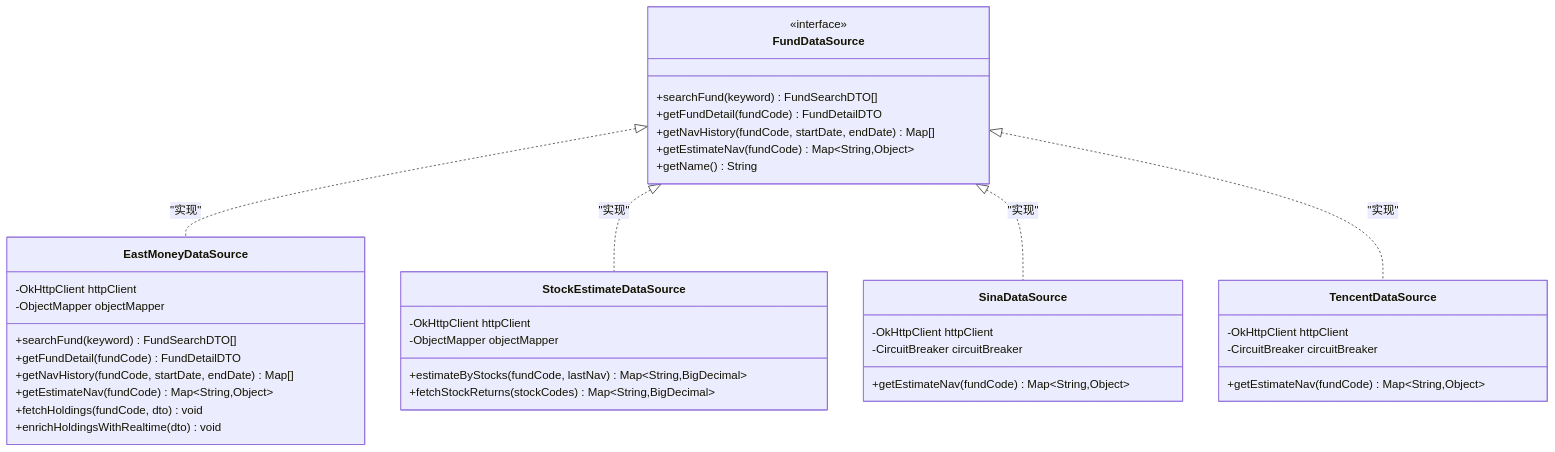
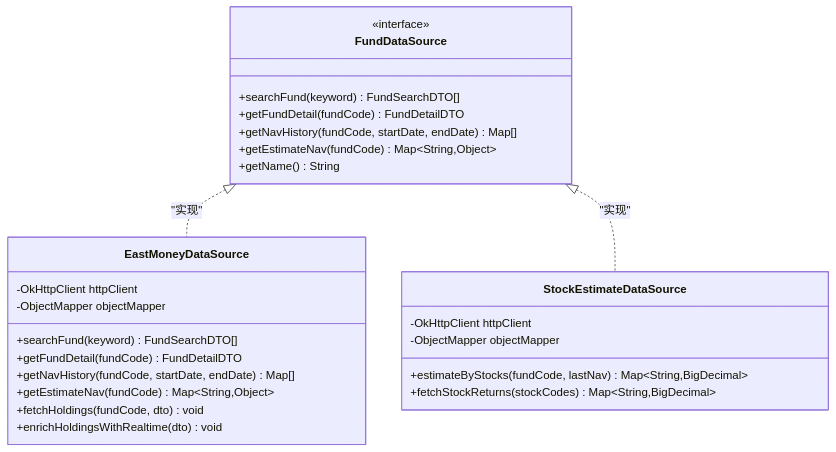
Before and after one commit to gree-coder/fund-butler: the third of 19 diagrams in .qoder/repowiki/zh/content/核心功能开发/FundController增强.md, drawn with Mermaid. The commit also changed other lines of this file and 21 other files, not shown here.

````diff
--- a/.qoder/repowiki/zh/content/核心功能开发/FundController增强.md
+++ b/.qoder/repowiki/zh/content/核心功能开发/FundController增强.md
@@ -147,41 +140,29 @@
 ```mermaid
 classDiagram
 class FundDataSource {
 <<interface>>
 +searchFund(keyword) FundSearchDTO[]
 +getFundDetail(fundCode) FundDetailDTO
 +getNavHistory(fundCode, startDate, endDate) Map[]
 +getEstimateNav(fundCode) Map~String,Object~
 +getName() String
 }
 class EastMoneyDataSource {
 -OkHttpClient httpClient
 -ObjectMapper objectMapper
 +searchFund(keyword) FundSearchDTO[]
 +getFundDetail(fundCode) FundDetailDTO
 +getNavHistory(fundCode, startDate, endDate) Map[]
 +getEstimateNav(fundCode) Map~String,Object~
 +fetchHoldings(fundCode, dto) void
 +enrichHoldingsWithRealtime(dto) void
 }
 class StockEstimateDataSource {
 -OkHttpClient httpClient
 -ObjectMapper objectMapper
 +estimateByStocks(fundCode, lastNav) Map~String,BigDecimal~
 +fetchStockReturns(stockCodes) Map~String,BigDecimal~
 }
-class SinaDataSource {
--OkHttpClient httpClient
--CircuitBreaker circuitBreaker
-+getEstimateNav(fundCode) Map~String,Object~
-}
-class TencentDataSource {
--OkHttpClient httpClient
--CircuitBreaker circuitBreaker
-+getEstimateNav(fundCode) Map~String,Object~
-}
 FundDataSource <|.. EastMoneyDataSource : "实现"
 FundDataSource <|.. StockEstimateDataSource : "实现"
-FundDataSource <|.. SinaDataSource : "实现"
-FundDataSource <|.. TencentDataSource : "实现"
 ```
````
